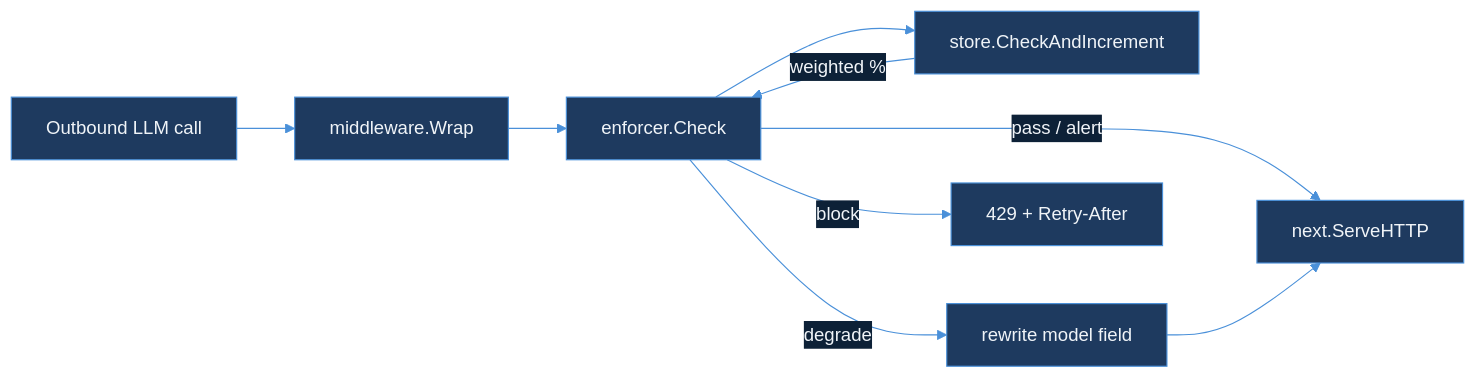
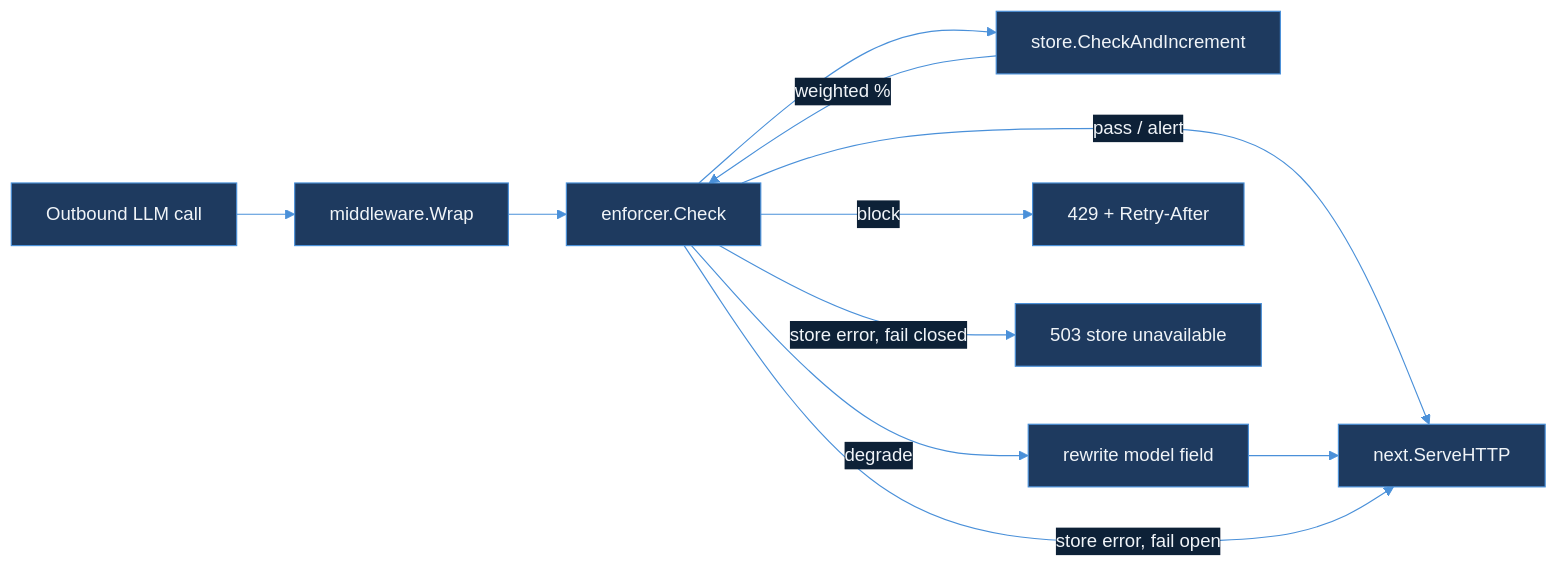
One commit to AkshantVats/infra-ai-streaming changed the diagram in cost-budget-enforcer/README.md. Above: the diagram before and after it, drawn with Mermaid. The commit also changed other lines of this file and 10 other files, not shown here.

````diff
--- a/cost-budget-enforcer/README.md
+++ b/cost-budget-enforcer/README.md
@@ -17,26 +17,28 @@
 ```mermaid
 %%{init: {
   'theme': 'base',
   'themeVariables': {
     'primaryColor': '#1e3a5f',
     'primaryTextColor': '#f0f4f8',
     'primaryBorderColor': '#4a90d9',
     'lineColor': '#4a90d9',
     'secondaryColor': '#0d2137',
     'tertiaryColor': '#0a1a2e',
     'background': 'transparent',
     'nodeBorder': '#4a90d9',
     'clusterBkg': '#0d2137',
     'titleColor': '#f0f4f8',
     'edgeLabelBackground': '#0d2137'
   }
 }}%%
 flowchart LR
   req["Outbound LLM call"] --> mw["middleware.Wrap"]
   mw --> enf["enforcer.Check"]
   enf --> st["store.CheckAndIncrement"]
   st -->|"weighted %"| enf
   enf -->|"pass / alert"| next["next.ServeHTTP"]
   enf -->|"degrade"| rewrite["rewrite model field"] --> next
   enf -->|"block"| reject["429 + Retry-After"]
+  enf -->|"store error, fail open"| next
+  enf -->|"store error, fail closed"| unavailable["503 store unavailable"]
 ```
````
